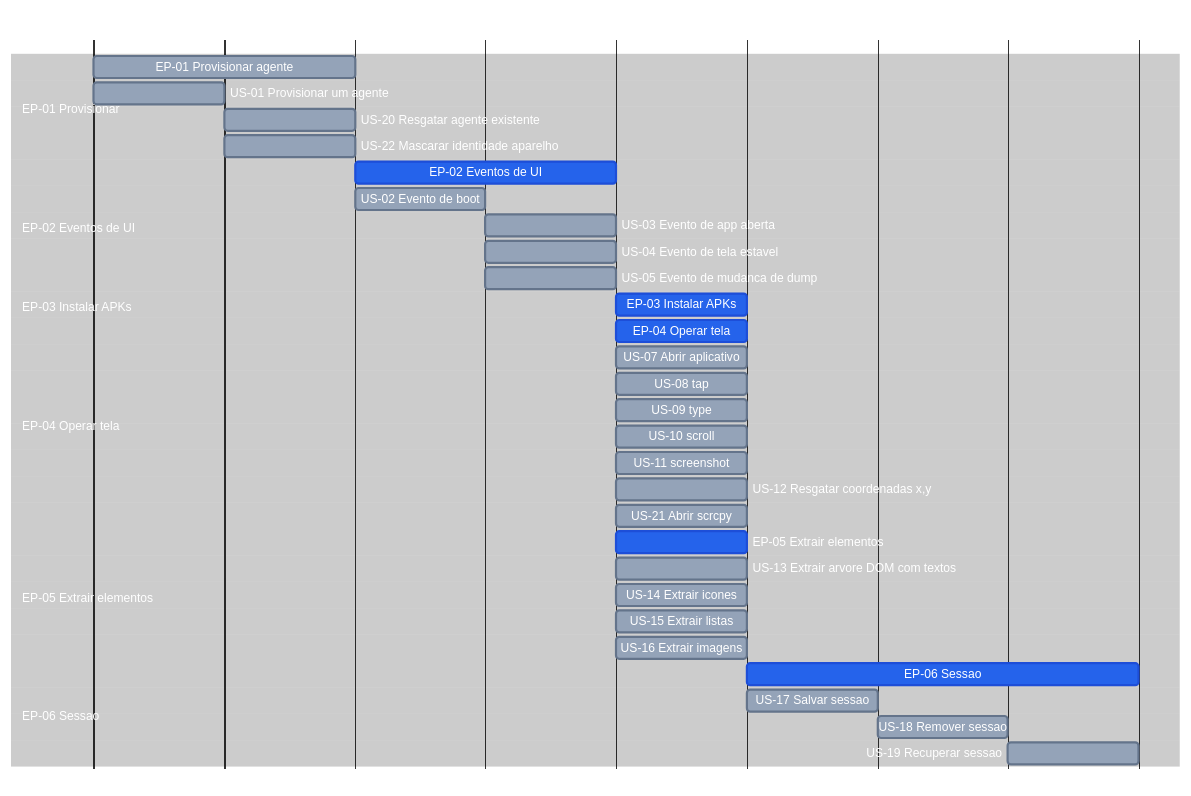
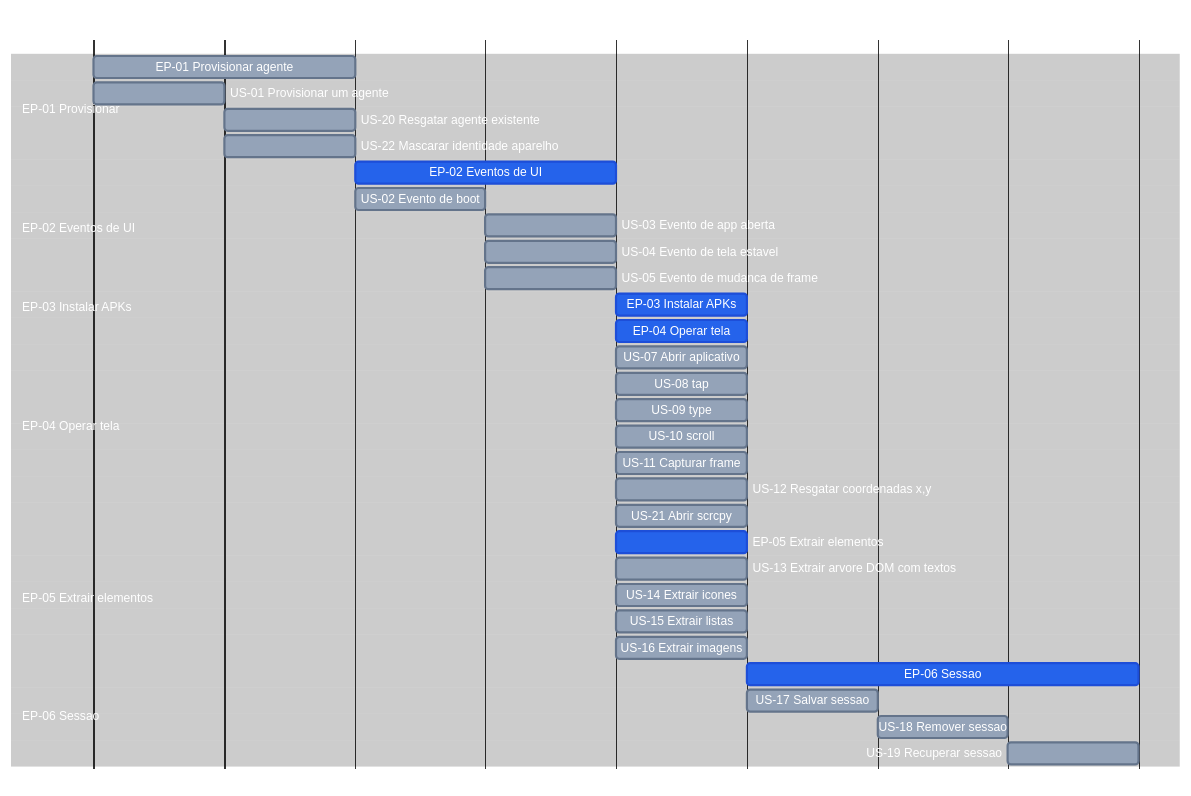
The diagram in screen-robot/3.roadmap.md (laerciogermano/workstation), drawn with Mermaid before and after one commit. The commit also changed 27 other files, not shown here.

First line of the commit message:
Documenta percepção e automação por frame + OCR/visão (sem dump uiautomator).

````diff
--- a/screen-robot/3.roadmap.md
+++ b/screen-robot/3.roadmap.md
@@ -12,78 +12,79 @@
 ```mermaid
 ---
 config:
   theme: base
   themeVariables:
     darkMode: true
     background: '#000000'
     primaryTextColor: '#ffffff'
     secondaryTextColor: '#ffffff'
     tertiaryTextColor: '#ffffff'
     textColor: '#ffffff'
     lineColor: '#333333'
     mainBkg: '#000000'
     secondaryColor: '#000000'
     tertiaryColor: '#000000'
     sectionBkgColor: '#000000'
     sectionBkgColor2: '#000000'
     altSectionBkgColor: '#000000'
     gridColor: '#222222'
     excludeBkgColor: '#000000'
     todayLineColor: '#444444'
     doneTaskBkgColor: '#2563eb'
     doneTaskBorderColor: '#1d4ed8'
     taskBkgColor: '#94a3b8'
     taskBorderColor: '#64748b'
     taskTextColor: '#ffffff'
     taskTextDarkColor: '#ffffff'
     taskTextLightColor: '#ffffff'
     taskTextOutsideColor: '#ffffff'
     critBkgColor: '#2563eb'
     critBorderColor: '#1d4ed8'
     activeTaskBkgColor: '#94a3b8'
     activeTaskBorderColor: '#64748b'
 ---
 gantt
   title screen-robot EP / US
   dateFormat X
   axisFormat %s
 
   section EP-01 Provisionar
   EP-01 Provisionar agente              :ep01, 0, 30m
   US-01 Provisionar um agente           :us01, 0, 15m
   US-20 Resgatar agente existente       :us20, after us01, 15m
   US-22 Mascarar identidade aparelho    :us22, after us01, 15m
 
   section EP-02 Eventos de UI
   EP-02 Eventos de UI                   :done, ep02, after ep01, 30m
   US-02 Evento de boot                  :us02, after ep01, 15m
   US-03 Evento de app aberta            :us03, after us02, 15m
   US-04 Evento de tela estavel          :us04, after us02, 15m
-  US-05 Evento de mudanca de dump       :us05, after us02, 15m
+  US-05 Evento de mudanca de frame      :us05, after us02, 15m
+
 
   section EP-03 Instalar APKs
   EP-03 Instalar APKs                   :done, ep03, after us05, 15m
 
   section EP-04 Operar tela
   EP-04 Operar tela                     :done, ep04, after us05, 15m
   US-07 Abrir aplicativo                :us07, after us05, 15m
   US-08 tap                             :us08, after us05, 15m
   US-09 type                            :us09, after us05, 15m
   US-10 scroll                          :us10, after us05, 15m
-  US-11 screenshot                      :us11, after us05, 15m
+  US-11 Capturar frame                  :us11, after us05, 15m
   US-12 Resgatar coordenadas x,y        :us12, after us05, 15m
   US-21 Abrir scrcpy                    :us21, after us05, 15m
 
   section EP-05 Extrair elementos
   EP-05 Extrair elementos               :done, ep05, after us05, 15m
   US-13 Extrair arvore DOM com textos   :us13, after us05, 15m
   US-14 Extrair icones                  :us14, after us05, 15m
   US-15 Extrair listas                  :us15, after us05, 15m
   US-16 Extrair imagens                 :us16, after us05, 15m
 
   section EP-06 Sessao
   EP-06 Sessao                          :done, ep06, after ep05, 45m
   US-17 Salvar sessao                   :us17, after ep05, 15m
   US-18 Remover sessao                  :us18, after us17, 15m
   US-19 Recuperar sessao                :us19, after us18, 15m
 ```
````
